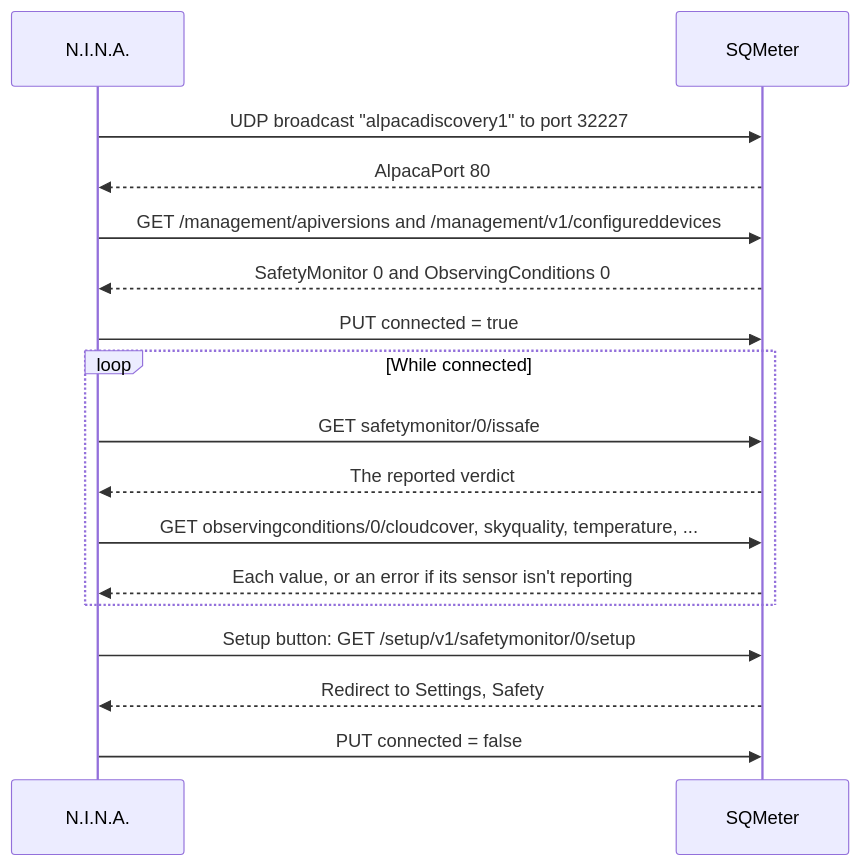
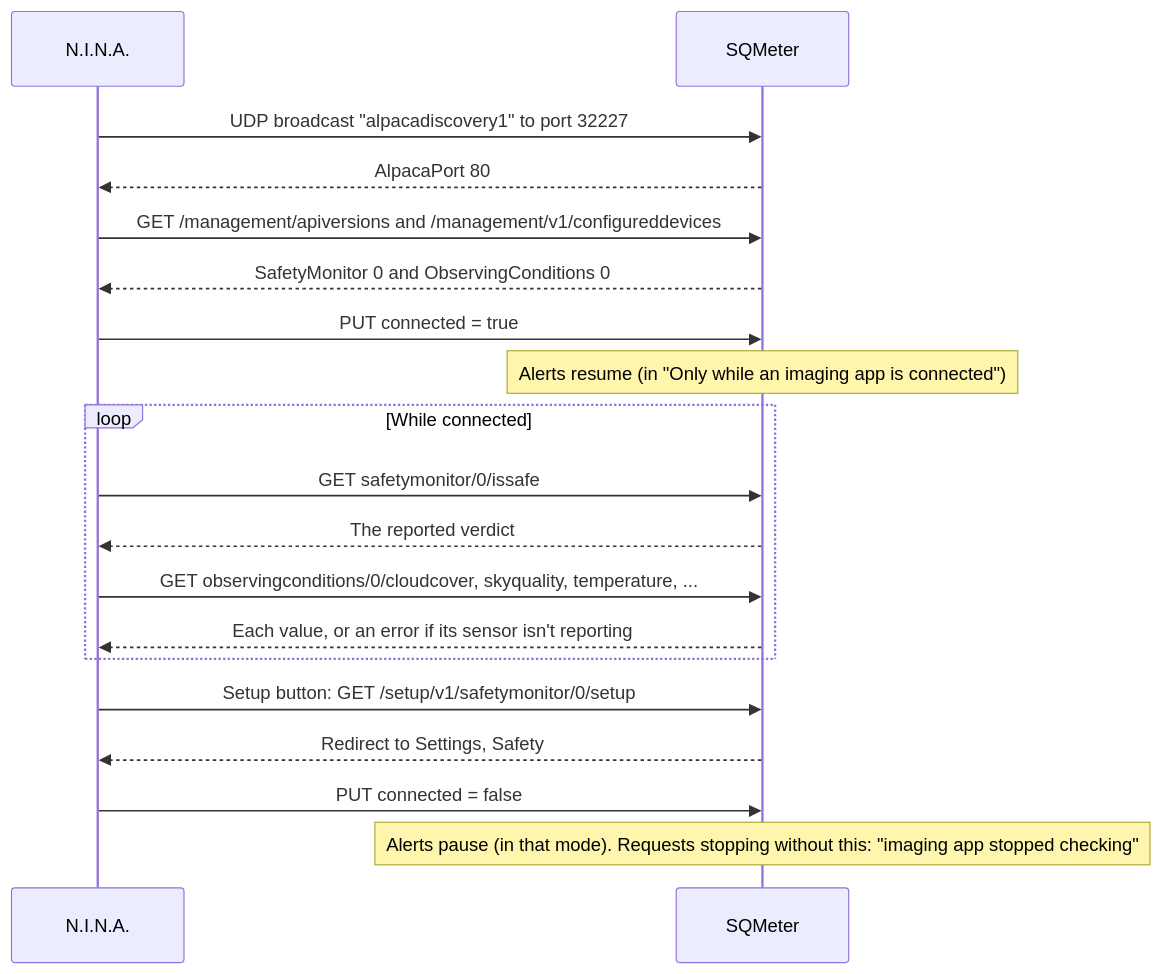
Before and after one commit to DeanJ87/SQMeter: the first of 3 diagrams in docs/user-guide/alpaca.md, drawn with Mermaid. The commit also changed other lines of this file and 8 other files, not shown here.

First line of the commit message:
Merge origin/main (spec 024 diagrams); diagrams follow the alert schedule

````diff
--- a/docs/user-guide/alpaca.md
+++ b/docs/user-guide/alpaca.md
@@ -33,21 +33,23 @@
 ```mermaid
 sequenceDiagram
     accTitle: N.I.N.A. and SQMeter over Alpaca
     accDescr: N.I.N.A. broadcasts a discovery request on UDP port 32227 and SQMeter answers with its port. N.I.N.A. then lists the devices through the management API, connects, and polls IsSafe and the weather properties. Its Setup button opens SQMeter's safety settings.
     participant N as N.I.N.A.
     participant S as SQMeter
     N->>S: UDP broadcast "alpacadiscovery1" to port 32227
     S-->>N: AlpacaPort 80
     N->>S: GET /management/apiversions and /management/v1/configureddevices
     S-->>N: SafetyMonitor 0 and ObservingConditions 0
     N->>S: PUT connected = true
+    Note over S: Alerts resume (in "Only while an imaging app is connected")
     loop While connected
         N->>S: GET safetymonitor/0/issafe
         S-->>N: The reported verdict
         N->>S: GET observingconditions/0/cloudcover, skyquality, temperature, ...
         S-->>N: Each value, or an error if its sensor isn't reporting
     end
     N->>S: Setup button: GET /setup/v1/safetymonitor/0/setup
     S-->>N: Redirect to Settings, Safety
     N->>S: PUT connected = false
+    Note over S: Alerts pause (in that mode). Requests stopping without this: "imaging app stopped checking"
 ```
````
